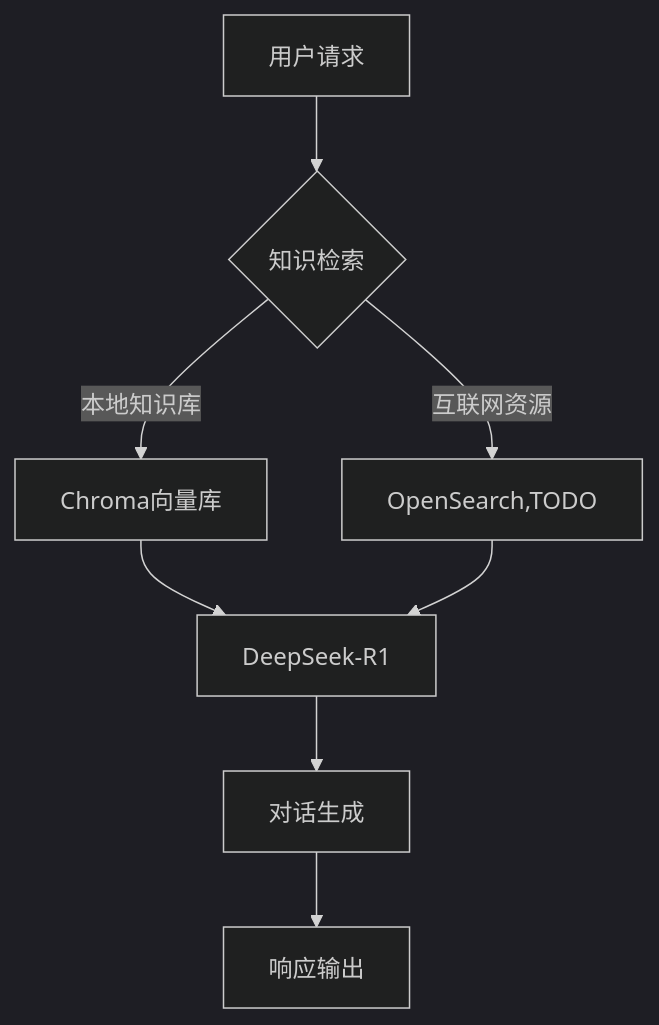
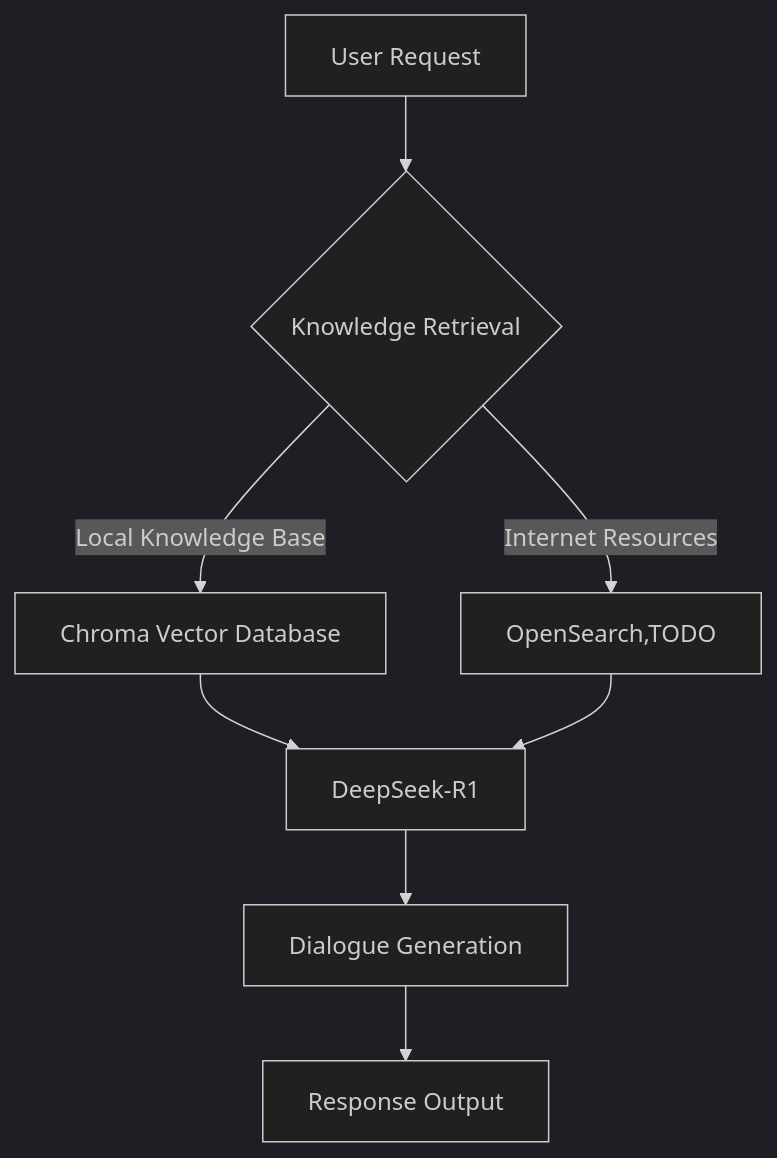
Before and after one commit to pederhe/nano_rag: the diagram in README.md, drawn with Mermaid (dark theme). The commit also changed other lines of this file and 9 other files, not shown here.

````diff
--- a/README.md
+++ b/README.md
@@ -31,10 +31,10 @@
 ```mermaid
 graph TD
-A[用户请求] --> B{知识检索}
-B -->|本地知识库| C[Chroma向量库]
-B -->|互联网资源| D[OpenSearch,TODO]
+A[User Request] --> B{Knowledge Retrieval}
+B -->|Local Knowledge Base| C[Chroma Vector Database]
+B -->|Internet Resources| D[OpenSearch,TODO]
 C --> E[DeepSeek-R1]
 D --> E
-E --> F[对话生成]
-F --> G[响应输出]
+E --> F[Dialogue Generation]
+F --> G[Response Output]
 ```
````
